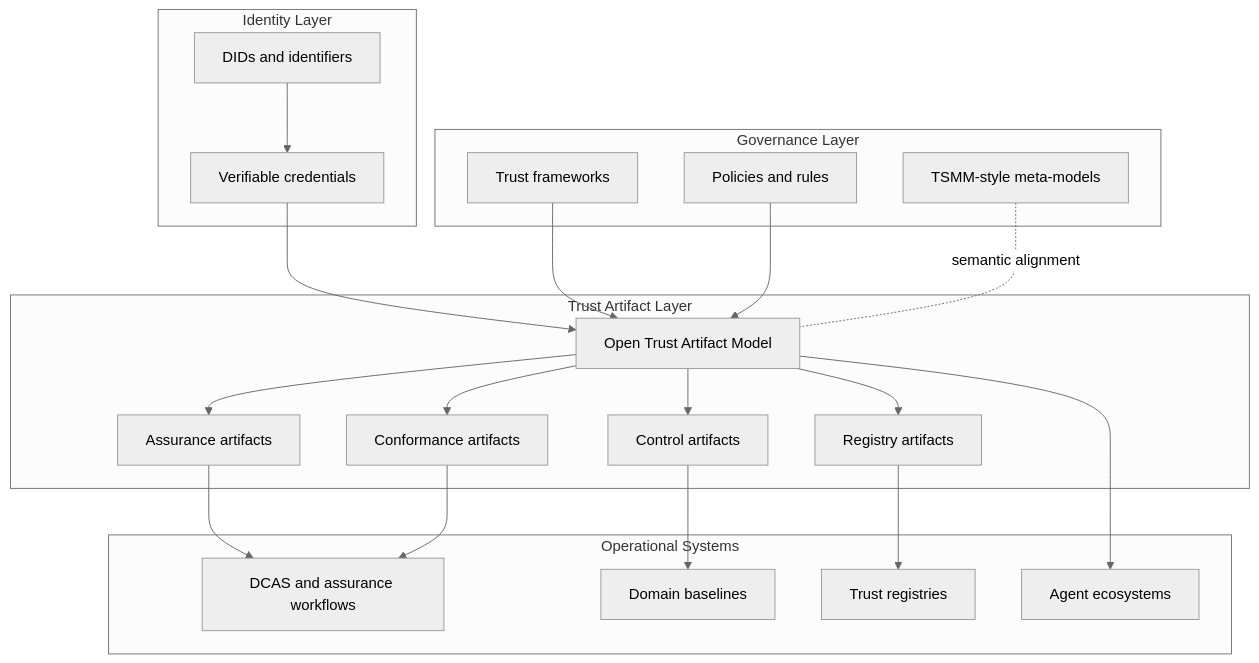
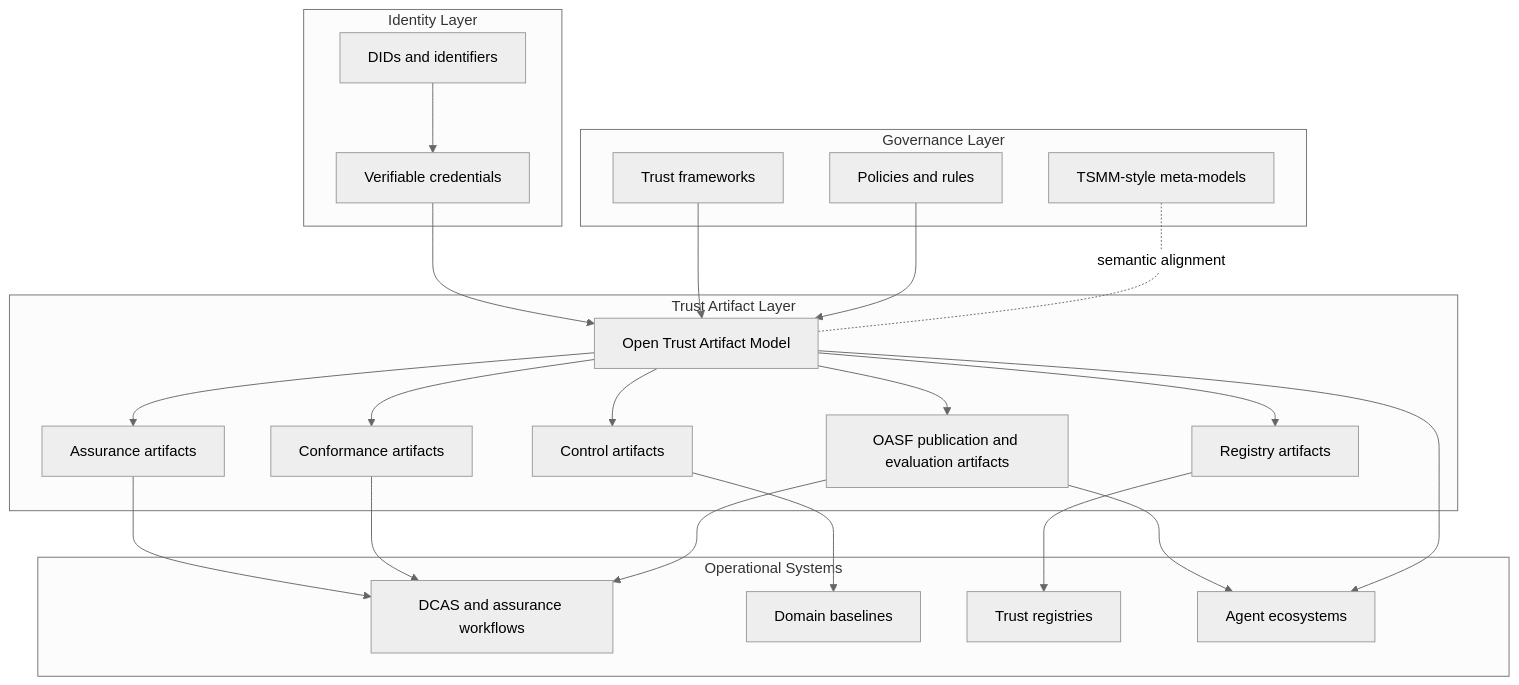
One commit to sankarshanmukhopadhyay/trust-infrastructure-schemas changed the diagram in docs/architecture.md. Above: the diagram before and after it, drawn with Mermaid (neutral theme). The commit also changed other lines of this file and 20 other files, not shown here.

First line of the commit message:
Add canonical OASF artifact family to trust-infrastructure-schemas

````diff
--- a/docs/architecture.md
+++ b/docs/architecture.md
@@ -5,42 +5,46 @@
 ```mermaid
 flowchart TB
   subgraph I[Identity Layer]
     DID[DIDs and identifiers]
     VC[Verifiable credentials]
   end
 
   subgraph A[Trust Artifact Layer]
     OTAM[Open Trust Artifact Model]
     AS[Assurance artifacts]
     CF[Conformance artifacts]
+    OASF[OASF publication and evaluation artifacts]
     CT[Control artifacts]
     RG[Registry artifacts]
     OTAM --> AS
     OTAM --> CF
+    OTAM --> OASF
     OTAM --> CT
     OTAM --> RG
   end
 
   subgraph G[Governance Layer]
     TF[Trust frameworks]
     PL[Policies and rules]
     MM[TSMM-style meta-models]
   end
 
   subgraph O[Operational Systems]
     DCAS[DCAS and assurance workflows]
     BAS[Domain baselines]
     REG[Trust registries]
     AG[Agent ecosystems]
   end
 
   DID --> VC --> OTAM
   TF --> OTAM
   PL --> OTAM
   MM -. semantic alignment .- OTAM
   AS --> DCAS
   CF --> DCAS
+  OASF --> DCAS
+  OASF --> AG
   CT --> BAS
   RG --> REG
   OTAM --> AG
 ```
````
